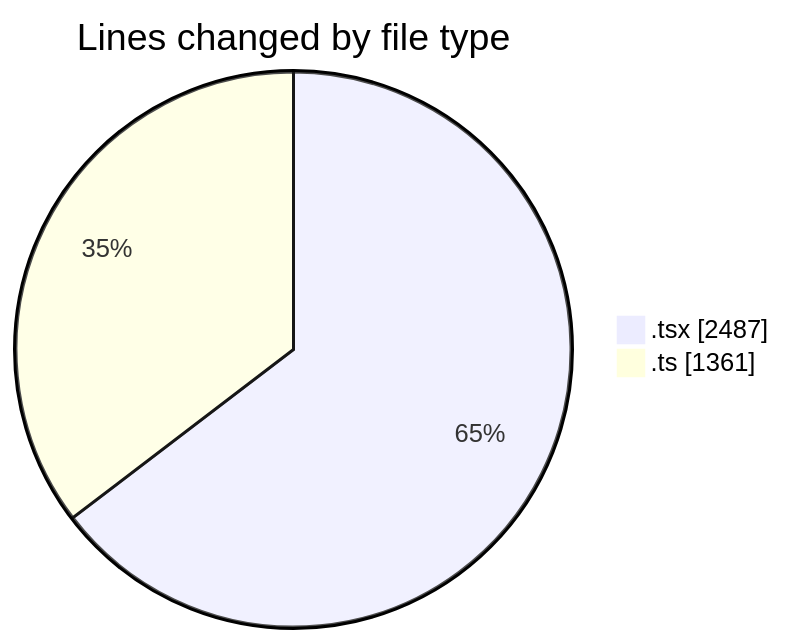
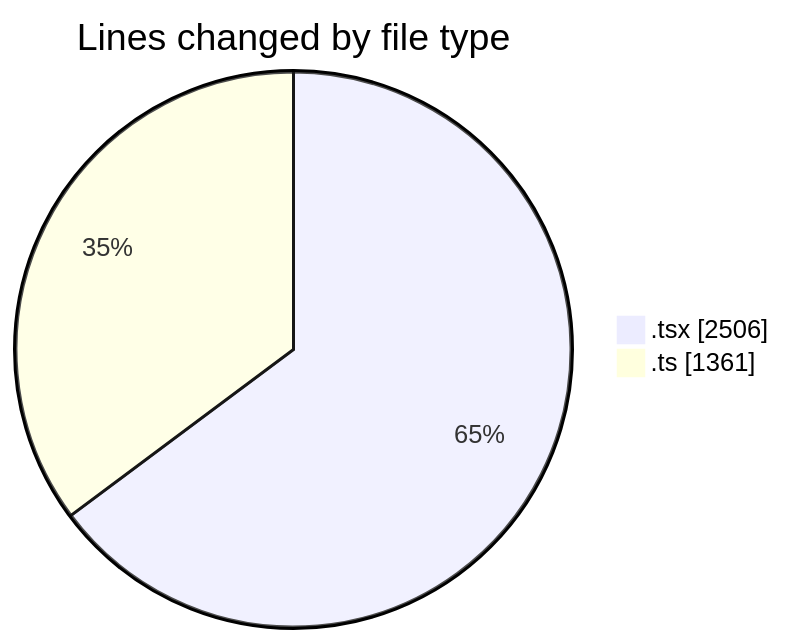
Before and after one commit to nxtqubesakshisongat/code-tracking: the first of 2 diagrams in 2026-03-06/nxtqube_webapp/README.md, drawn with Mermaid. The commit also changed other lines of this file and 1 other file, not shown here.

````diff
--- a/2026-03-06/nxtqube_webapp/README.md
+++ b/2026-03-06/nxtqube_webapp/README.md
@@ -29,6 +29,6 @@
 ```mermaid
 pie showData
 title Lines changed by file type
-".tsx" : 2487
+".tsx" : 2506
 ".ts" : 1361
 ```
````
